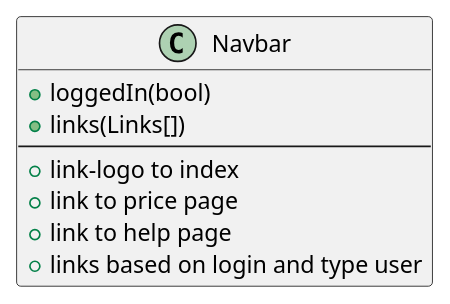
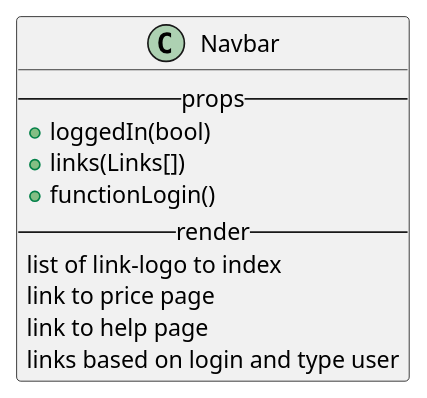
The diagram in react/custom/navbar.iuml (M9k/Marvin-Uml), drawn with PlantUML before and after one commit. The commit also changed 17 other files, not shown here.

```diff
--- a/react/custom/navbar.iuml
+++ b/react/custom/navbar.iuml
@@ -1,9 +1,11 @@
 class Navbar{
-  + loggedIn(bool)
-  + links(Links[])
-  ---
-  + link-logo to index
-  + link to price page
-  + link to help page
-  + links based on login and type user
+  --props--
+    + loggedIn(bool)
+    + links(Links[])
+    + functionLogin()
+  --render--
+    list of link-logo to index
+    link to price page
+    link to help page
+    links based on login and type user
 }
```
